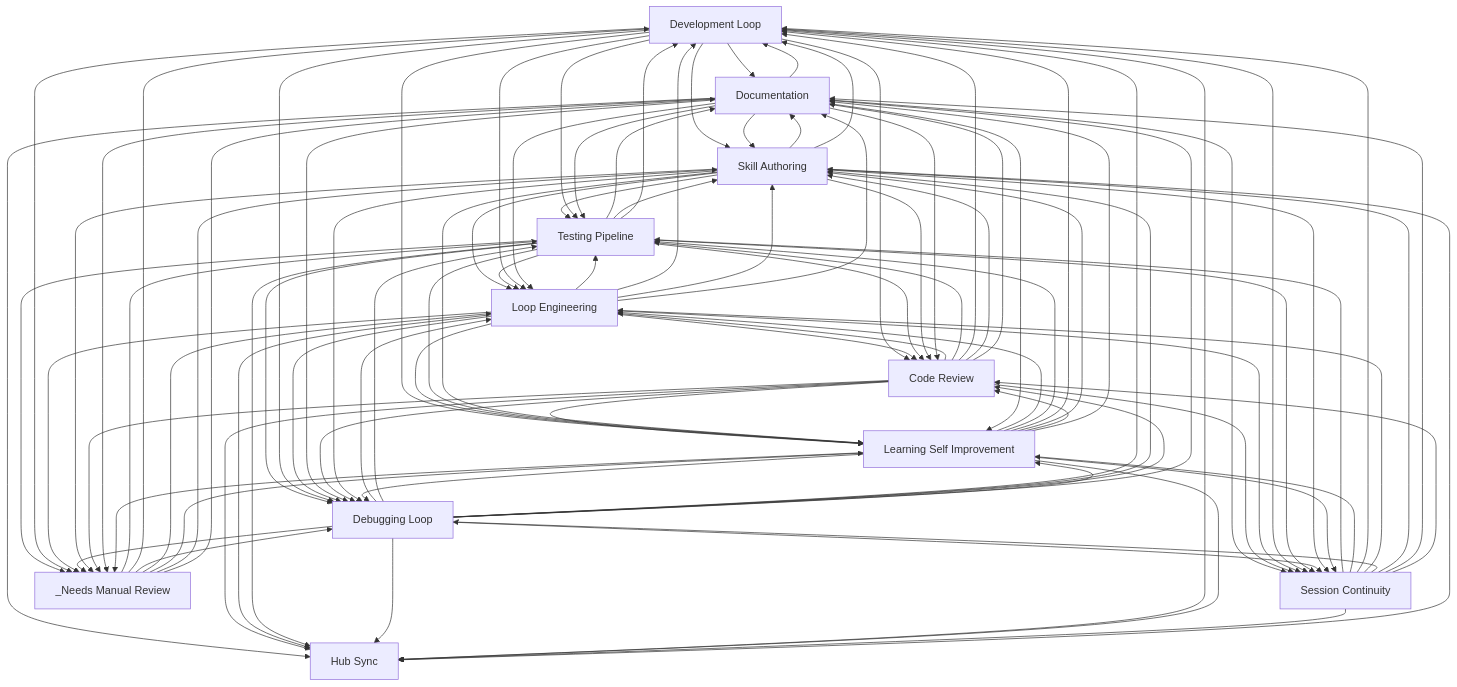
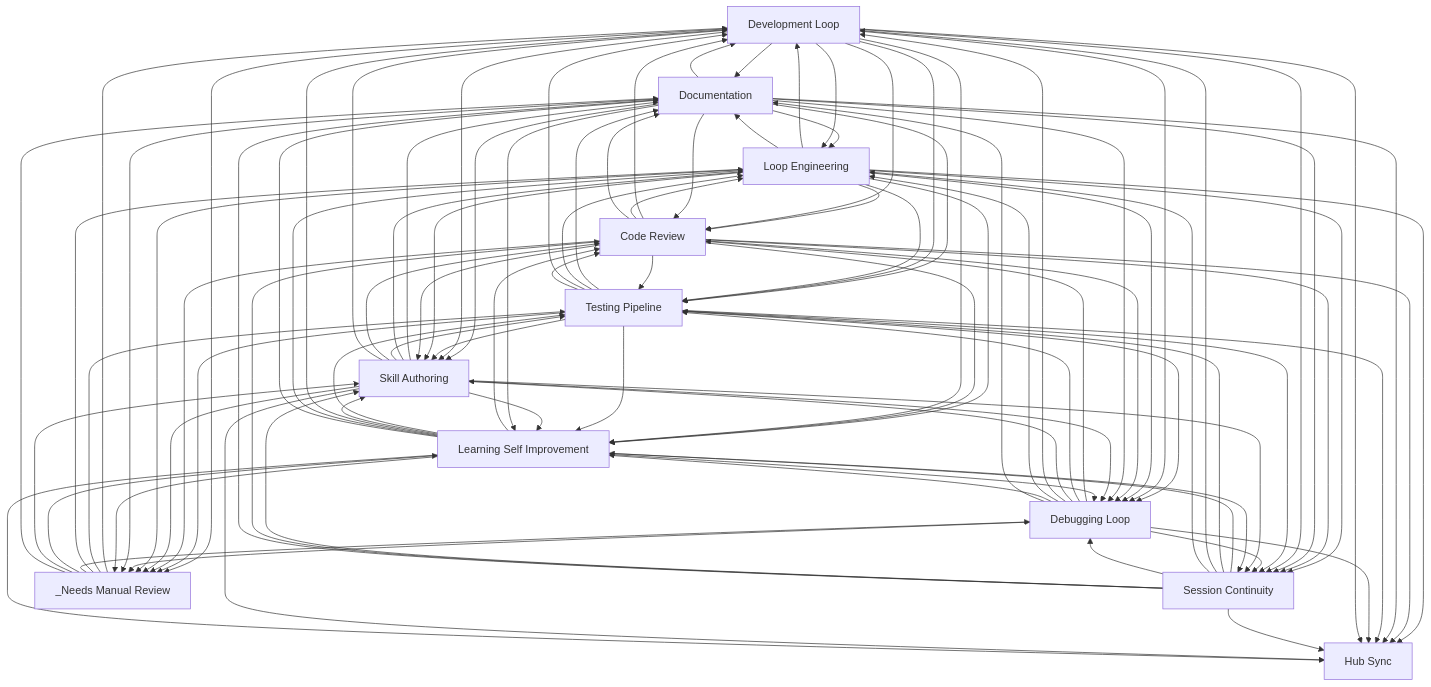
One commit to abhayla/claude-best-practices changed the diagram in docs/workflows/INDEX.md. Above: the diagram before and after it, drawn with Mermaid. The commit also changed other lines of this file and 21 other files, not shown here.

````diff
--- a/docs/workflows/INDEX.md
+++ b/docs/workflows/INDEX.md
@@ -34,42 +34,42 @@
     hub_sync[Hub Sync]
     _needs_manual_review[_Needs Manual Review]
     skill_authoring --> documentation
+    development_loop --> documentation
     testing_pipeline --> documentation
-    development_loop --> documentation
+    skill_authoring --> loop_engineering
     skill_authoring --> testing_pipeline
-    skill_authoring --> loop_engineering
-    testing_pipeline --> skill_authoring
-    testing_pipeline --> loop_engineering
+    documentation --> loop_engineering
+    documentation --> skill_authoring
+    documentation --> testing_pipeline
+    development_loop --> loop_engineering
     development_loop --> skill_authoring
     development_loop --> testing_pipeline
-    development_loop --> loop_engineering
-    documentation --> skill_authoring
-    documentation --> testing_pipeline
-    documentation --> loop_engineering
+    testing_pipeline --> loop_engineering
+    testing_pipeline --> skill_authoring
+    loop_engineering --> code_review
+    loop_engineering --> testing_pipeline
+    loop_engineering --> skill_authoring
+    loop_engineering --> development_loop
+    code_review --> testing_pipeline
+    code_review --> skill_authoring
+    code_review --> development_loop
     code_review --> loop_engineering
-    code_review --> testing_pipeline
-    code_review --> development_loop
-    code_review --> skill_authoring
     development_loop --> code_review
-    loop_engineering --> testing_pipeline
-    loop_engineering --> development_loop
-    loop_engineering --> skill_authoring
-    loop_engineering --> code_review
+    loop_engineering --> learning_self_improvement
     code_review --> learning_self_improvement
     development_loop --> learning_self_improvement
-    loop_engineering --> learning_self_improvement
+    _needs_manual_review --> development_loop
+    _needs_manual_review --> testing_pipeline
     testing_pipeline --> development_loop
-    _needs_manual_review --> testing_pipeline
-    _needs_manual_review --> development_loop
+    _needs_manual_review --> loop_engineering
+    _needs_manual_review --> debugging_loop
     testing_pipeline --> debugging_loop
-    _needs_manual_review --> debugging_loop
-    _needs_manual_review --> loop_engineering
     testing_pipeline --> code_review
+    debugging_loop --> code_review
+    debugging_loop --> testing_pipeline
+    debugging_loop --> skill_authoring
+    debugging_loop --> development_loop
     debugging_loop --> loop_engineering
-    debugging_loop --> testing_pipeline
-    debugging_loop --> development_loop
-    debugging_loop --> skill_authoring
-    debugging_loop --> code_review
     development_loop --> debugging_loop
     documentation --> development_loop
     loop_engineering --> debugging_loop
@@ -78,55 +78,55 @@
     skill_authoring --> development_loop
     testing_pipeline --> learning_self_improvement
     skill_authoring --> learning_self_improvement
+    development_loop --> _needs_manual_review
     testing_pipeline --> _needs_manual_review
-    development_loop --> _needs_manual_review
+    code_review --> debugging_loop
+    documentation --> code_review
     documentation --> debugging_loop
-    documentation --> code_review
-    code_review --> debugging_loop
-    documentation --> learning_self_improvement
-    documentation --> session_continuity
-    documentation --> hub_sync
+    loop_engineering --> hub_sync
+    loop_engineering --> session_continuity
+    code_review --> hub_sync
     code_review --> documentation
     code_review --> session_continuity
-    code_review --> hub_sync
-    loop_engineering --> session_continuity
-    loop_engineering --> hub_sync
+    documentation --> hub_sync
+    documentation --> session_continuity
     development_loop --> session_continuity
+    session_continuity --> learning_self_improvement
     session_continuity --> testing_pipeline
-    session_continuity --> learning_self_improvement
     _needs_manual_review --> learning_self_improvement
     testing_pipeline --> session_continuity
+    debugging_loop --> session_continuity
     debugging_loop --> learning_self_improvement
-    debugging_loop --> session_continuity
     testing_pipeline --> hub_sync
+    debugging_loop --> hub_sync
     debugging_loop --> documentation
-    debugging_loop --> hub_sync
     development_loop --> hub_sync
+    documentation --> learning_self_improvement
     skill_authoring --> session_continuity
     session_continuity --> development_loop
     skill_authoring --> debugging_loop
     session_continuity --> loop_engineering
     session_continuity --> debugging_loop
+    learning_self_improvement --> code_review
+    learning_self_improvement --> testing_pipeline
+    learning_self_improvement --> skill_authoring
+    learning_self_improvement --> development_loop
     learning_self_improvement --> loop_engineering
-    learning_self_improvement --> testing_pipeline
     learning_self_improvement --> debugging_loop
-    learning_self_improvement --> development_loop
-    learning_self_improvement --> skill_authoring
-    learning_self_improvement --> code_review
+    code_review --> _needs_manual_review
+    skill_authoring --> _needs_manual_review
     loop_engineering --> _needs_manual_review
     debugging_loop --> _needs_manual_review
-    skill_authoring --> _needs_manual_review
-    code_review --> _needs_manual_review
     _needs_manual_review --> skill_authoring
     _needs_manual_review --> documentation
     learning_self_improvement --> session_continuity
     documentation --> _needs_manual_review
     session_continuity --> skill_authoring
     learning_self_improvement --> documentation
-    learning_self_improvement --> hub_sync
-    session_continuity --> documentation
     session_continuity --> code_review
     session_continuity --> hub_sync
+    session_continuity --> documentation
     skill_authoring --> hub_sync
     learning_self_improvement --> _needs_manual_review
+    learning_self_improvement --> hub_sync
 ```
````
